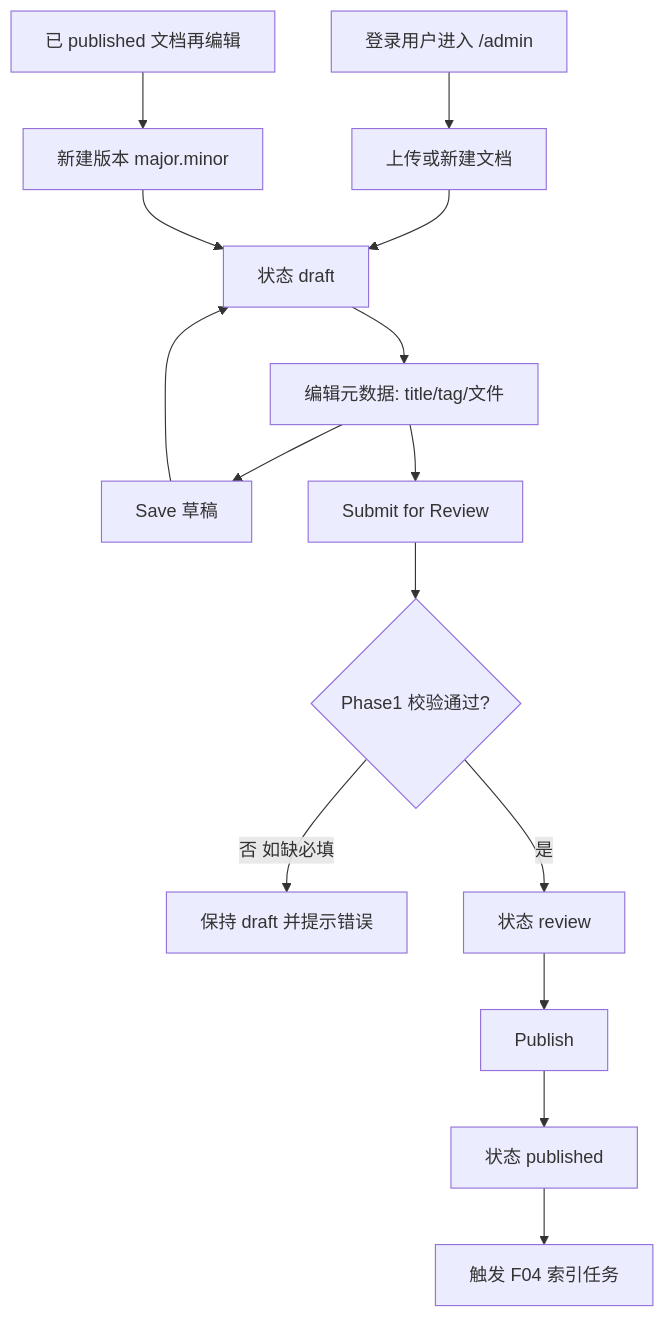
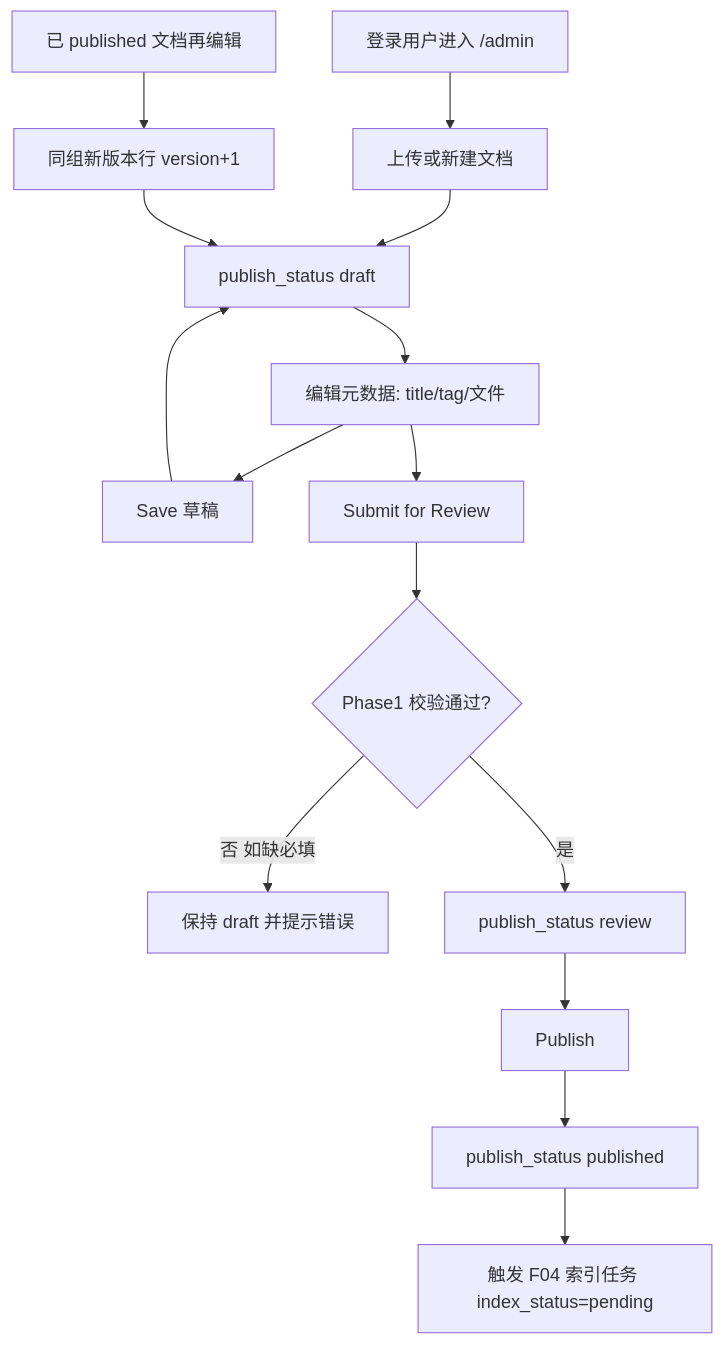
One commit to zmisi/rag-as-service changed the first of 2 diagrams in docs/specs/phase1/features/F03-doc-admin.md. Above: the diagram before and after it, drawn with Mermaid. The commit also changed other lines of this file and 48 other files, not shown here.

````diff
--- a/docs/specs/phase1/features/F03-doc-admin.md
+++ b/docs/specs/phase1/features/F03-doc-admin.md
@@ -70,18 +74,18 @@
 ```mermaid
 flowchart TD
   A[登录用户进入 /admin] --> B[上传或新建文档]
-  B --> C[状态 draft]
+  B --> C[publish_status draft]
   C --> D[编辑元数据: title/tag/文件]
   D --> E[Save 草稿]
   E --> C
   D --> F[Submit for Review]
   F --> G{Phase1 校验通过?}
   G -->|否 如缺必填| G1[保持 draft 并提示错误]
-  G -->|是| H[状态 review]
+  G -->|是| H[publish_status review]
   H --> I[Publish]
-  I --> J[状态 published]
-  J --> K[触发 F04 索引任务]
+  I --> J[publish_status published]
+  J --> K[触发 F04 索引任务 index_status=pending]
 
-  L[已 published 文档再编辑] --> M[新建版本 major.minor]
+  L[已 published 文档再编辑] --> M[同组新版本行 version+1]
   M --> C
 ```
````
